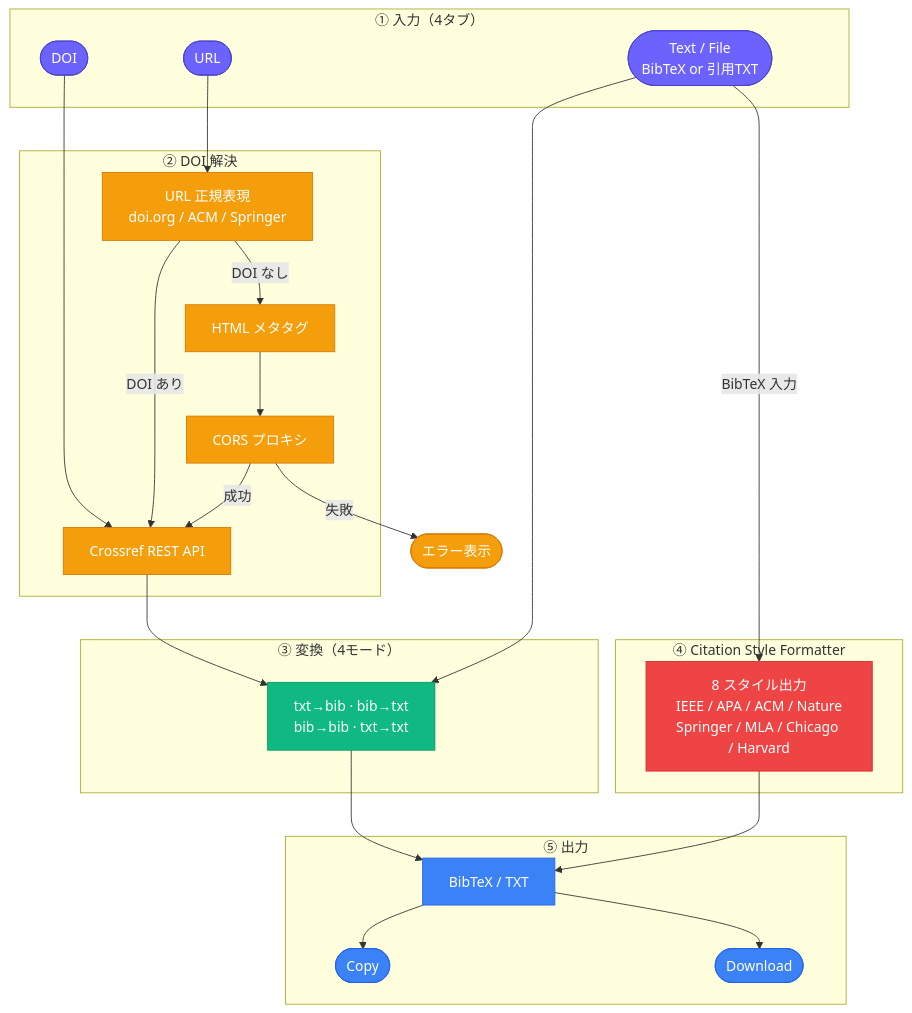
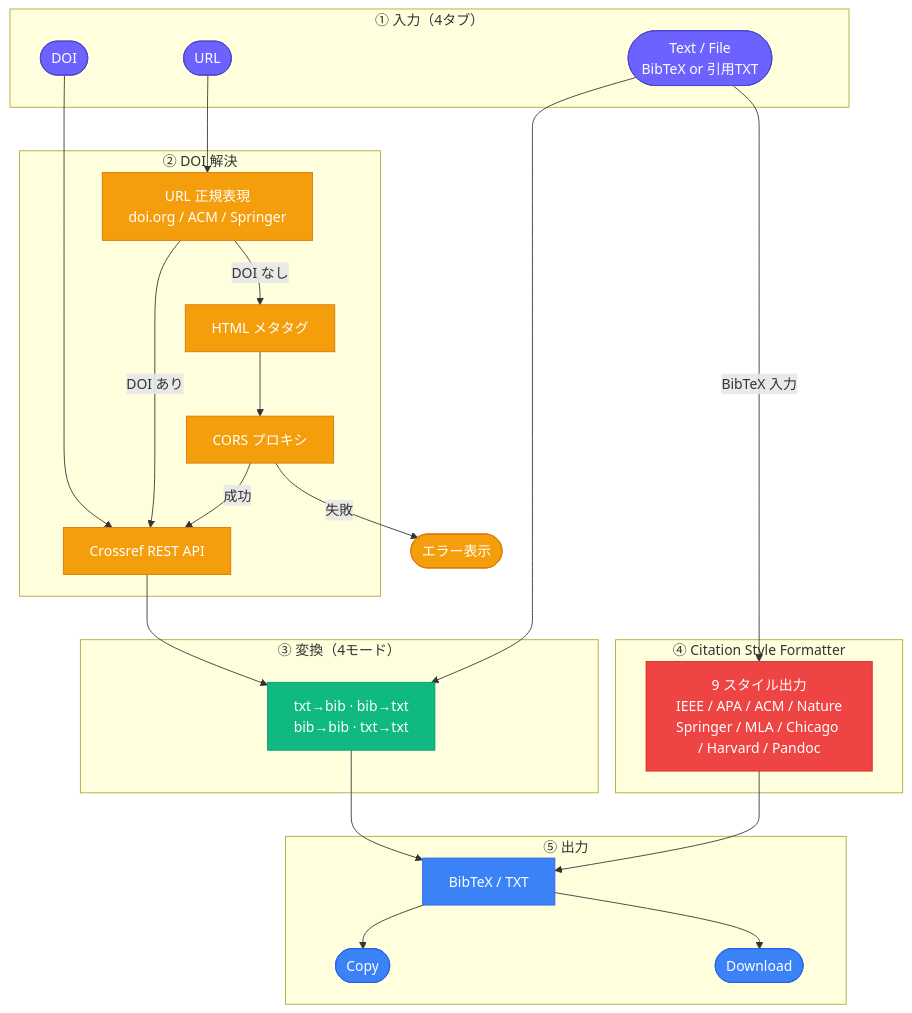
Before and after one commit to Axe0320/citation-bibtex-converter: the first of 2 diagrams in README.md, drawn with Mermaid. The commit also changed other lines of this file, not shown here.

````diff
--- a/README.md
+++ b/README.md
@@ -47,48 +48,48 @@
 ```mermaid
 flowchart TD
     classDef input  fill:#6C63FF,color:#fff,stroke:#4a44cc
     classDef api    fill:#F59E0B,color:#fff,stroke:#D97706
     classDef parse  fill:#10B981,color:#fff,stroke:#059669
     classDef format fill:#EF4444,color:#fff,stroke:#DC2626
     classDef out    fill:#3B82F6,color:#fff,stroke:#2563EB
 
     subgraph IN["① 入力（4タブ）"]
         T([Text / File\nBibTeX or 引用TXT]):::input
         D([DOI]):::input
         U([URL]):::input
     end
 
     subgraph RESOLVE["② DOI 解決"]
         RX[URL 正規表現\ndoi.org / ACM / Springer]:::api
         META[HTML メタタグ]:::api
         PROXY[CORS プロキシ]:::api
         CR[Crossref REST API]:::api
     end
 
     subgraph CONVERT["③ 変換（4モード）"]
         CV["txt→bib  ·  bib→txt\nbib→bib  ·  txt→txt"]:::parse
     end
 
     subgraph STYLE["④ Citation Style Formatter"]
-        SF["8 スタイル出力\nIEEE / APA / ACM / Nature\nSpringer / MLA / Chicago / Harvard"]:::format
+        SF["9 スタイル出力\nIEEE / APA / ACM / Nature\nSpringer / MLA / Chicago / Harvard / Pandoc"]:::format
     end
 
     subgraph OUT["⑤ 出力"]
         OP[BibTeX / TXT]:::out
         CP([Copy]):::out
         DL([Download]):::out
     end
 
     D --> CR
     U --> RX
     RX -->|"DOI あり"| CR
     RX -->|"DOI なし"| META --> PROXY
     PROXY -->|"成功"| CR
     PROXY -->|"失敗"| ERR([エラー表示]):::api
     CR --> CV
     T --> CV
     T -->|"BibTeX 入力"| SF
     CV --> OP
     SF --> OP
     OP --> CP & DL
 ```
````
